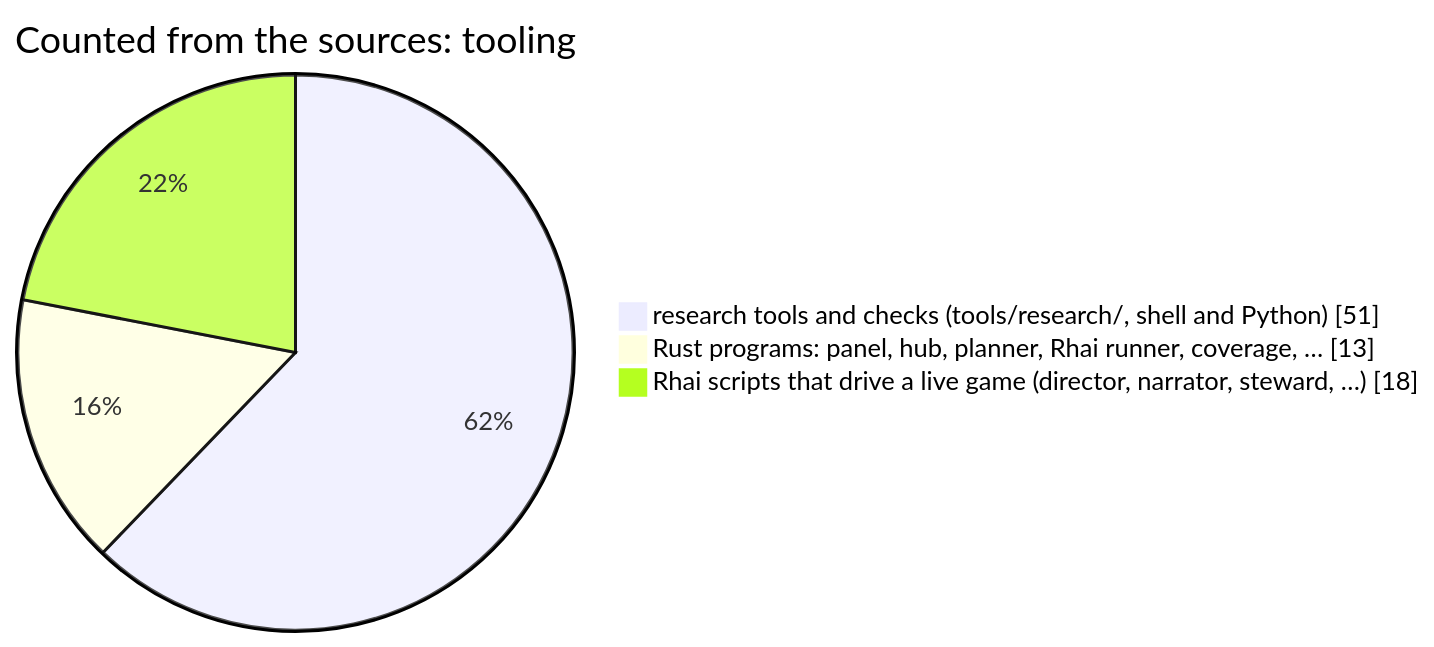
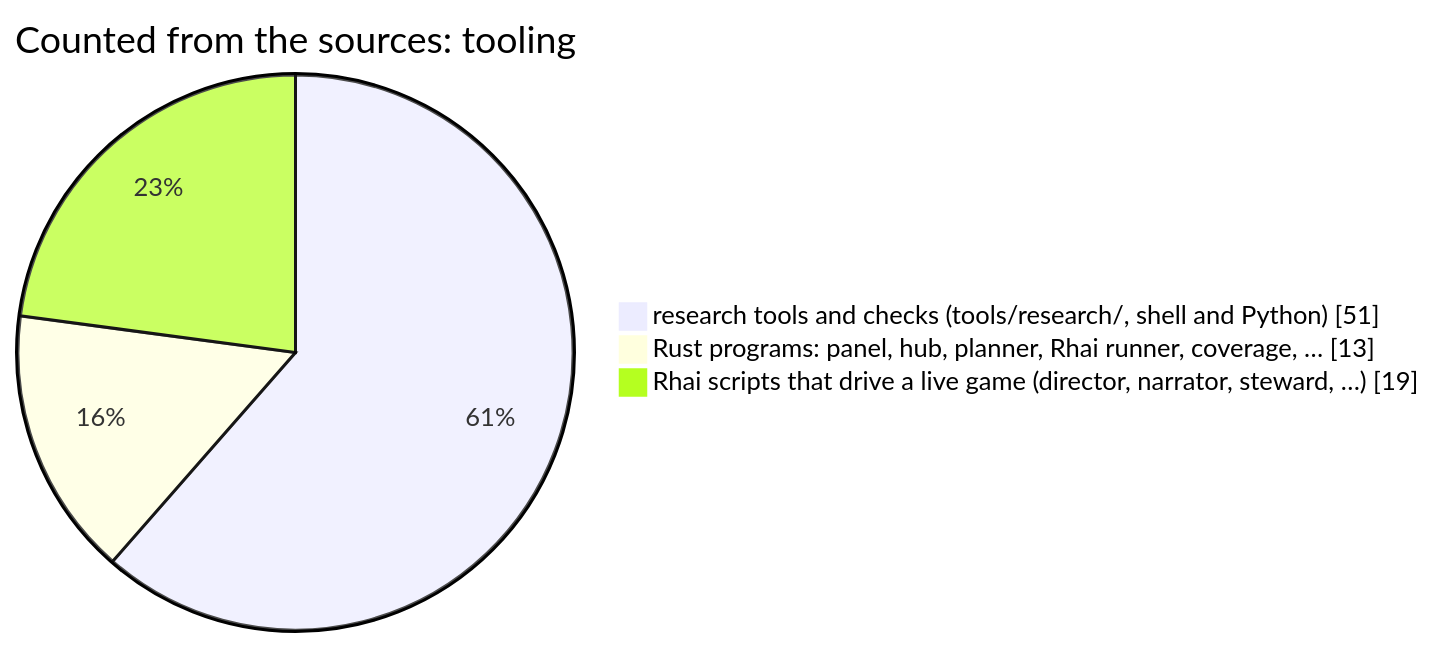
Before and after one commit to korczis/OpenTTD: the seventh of 12 diagrams in README.md, drawn with Mermaid. The commit also changed other lines of this file and 3 other files, not shown here.

````diff
--- a/README.md
+++ b/README.md
@@ -798,6 +798,6 @@
 ```mermaid
 pie showData title Counted from the sources: tooling
     "research tools and checks (tools/research/, shell and Python)" : 51
     "Rust programs: panel, hub, planner, Rhai runner, coverage, …" : 13
-    "Rhai scripts that drive a live game (director, narrator, steward, …)" : 18
+    "Rhai scripts that drive a live game (director, narrator, steward, …)" : 19
 ```
````
